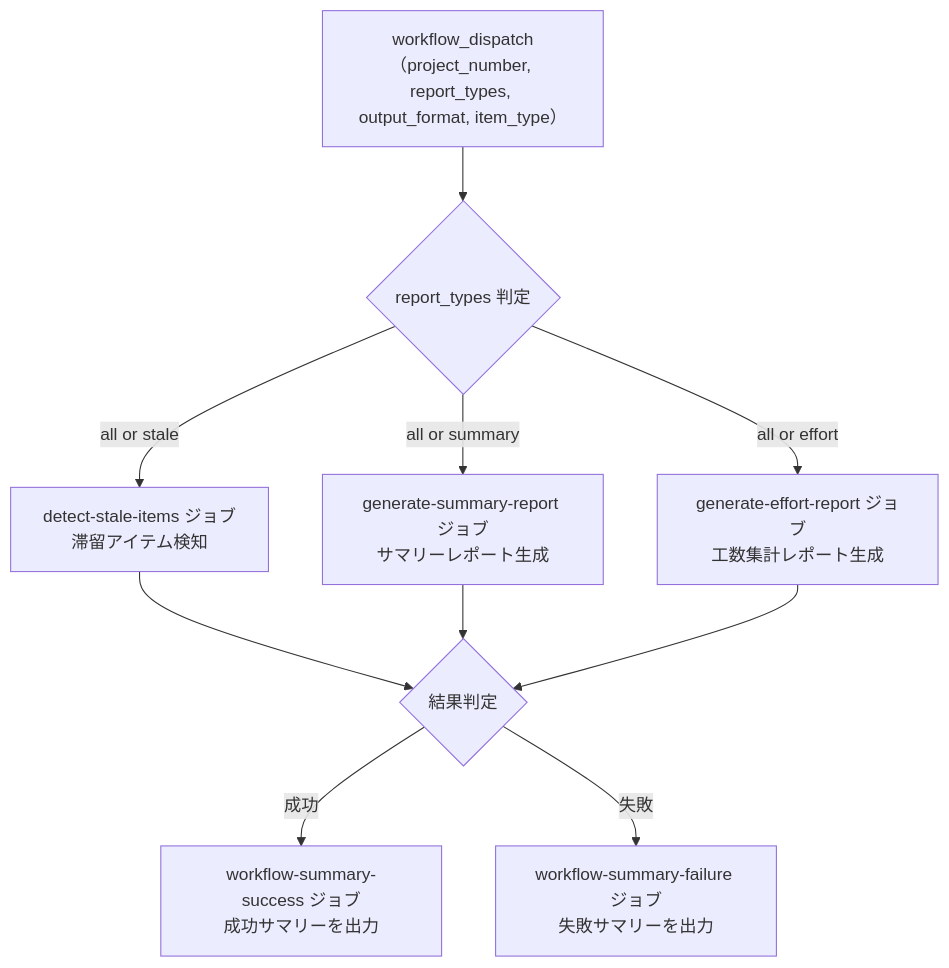
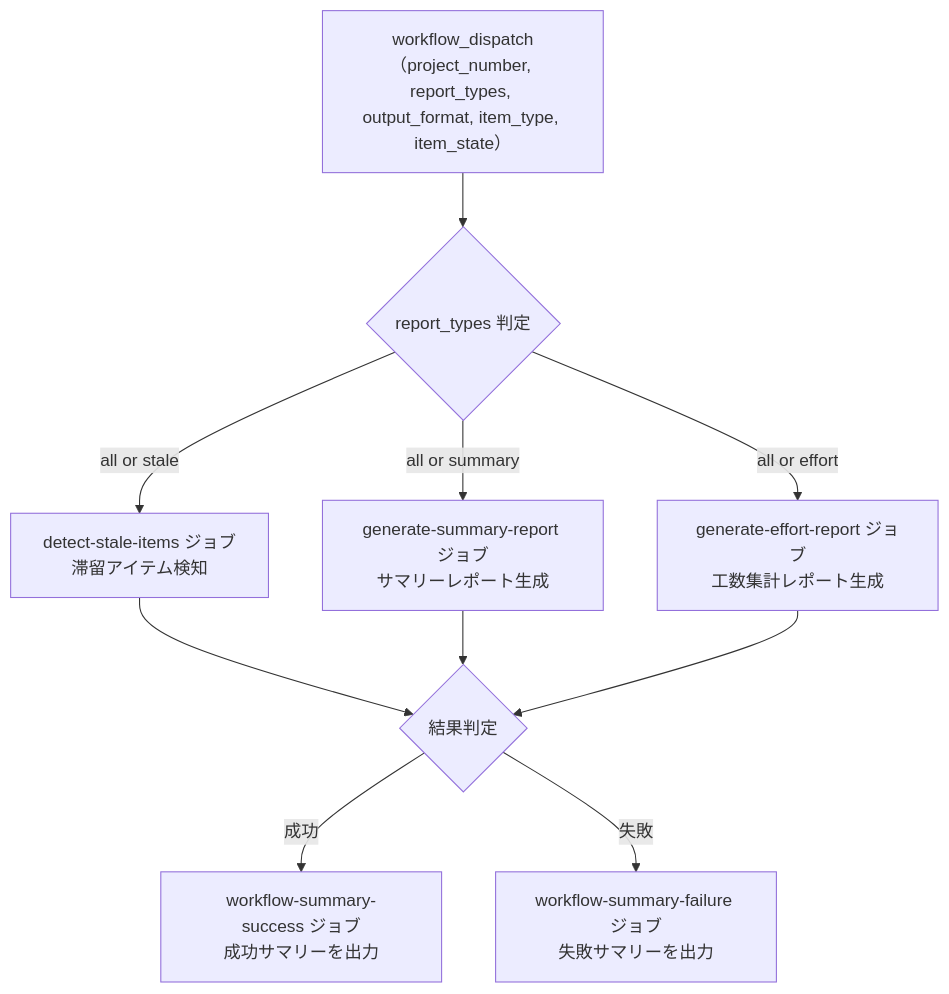
One commit to mabubu0203/github-projects-starter-kit changed the diagram in docs/workflows/10-analyze-project.md. Above: the diagram before and after it, drawn with Mermaid. The commit also changed other lines of this file and 8 other files, not shown here.

````diff
--- a/docs/workflows/10-analyze-project.md
+++ b/docs/workflows/10-analyze-project.md
@@ -210,10 +219,10 @@
 ```mermaid
 flowchart TD
-    A["workflow_dispatch\n（project_number, report_types, output_format, item_type）"] --> B{"report_types 判定"}
+    A["workflow_dispatch\n（project_number, report_types, output_format, item_type, item_state）"] --> B{"report_types 判定"}
     B -- "all or stale" --> C["detect-stale-items ジョブ\n滞留アイテム検知"]
     B -- "all or summary" --> D["generate-summary-report ジョブ\nサマリーレポート生成"]
     B -- "all or effort" --> E["generate-effort-report ジョブ\n工数集計レポート生成"]
     C & D & E --> F{"結果判定"}
     F -- "成功" --> G["workflow-summary-success ジョブ\n成功サマリーを出力"]
     F -- "失敗" --> H["workflow-summary-failure ジョブ\n失敗サマリーを出力"]
 ```
````
